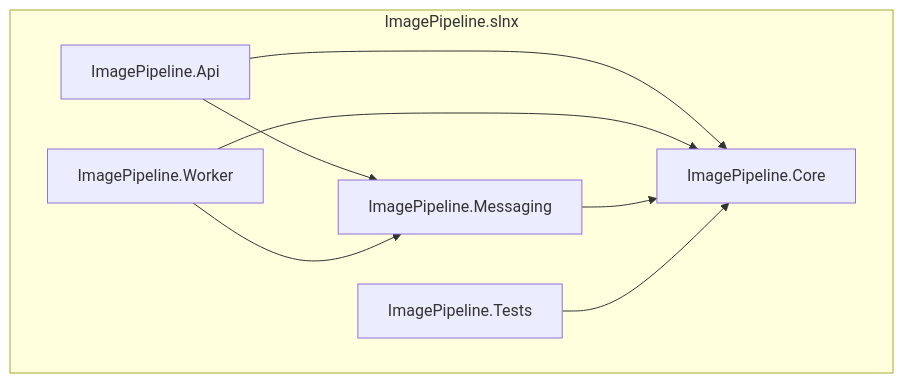
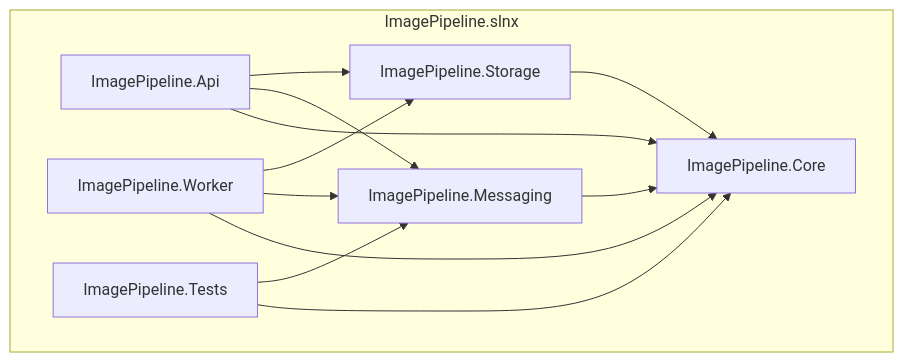
Before and after one commit to Padintong/image-processing-pipeline: the second of 2 diagrams in README.md, drawn with Mermaid. The commit also changed other lines of this file and 2 other files, not shown here.

Commit message:
docs: add ImagePipeline.Storage to solution structure (README + sketch)

````diff
--- a/README.md
+++ b/README.md
@@ -38,16 +38,21 @@
 ```mermaid
 flowchart TD
     subgraph sln[ImagePipeline.slnx]
         Api[ImagePipeline.Api]
         Worker[ImagePipeline.Worker]
         Messaging[ImagePipeline.Messaging]
+        Storage[ImagePipeline.Storage]
         Core[ImagePipeline.Core]
         Tests[ImagePipeline.Tests]
     end
     Api --> Core
     Api --> Messaging
+    Api --> Storage
     Worker --> Core
     Worker --> Messaging
+    Worker --> Storage
     Messaging --> Core
+    Storage --> Core
     Tests --> Core
+    Tests --> Messaging
 ```
````
